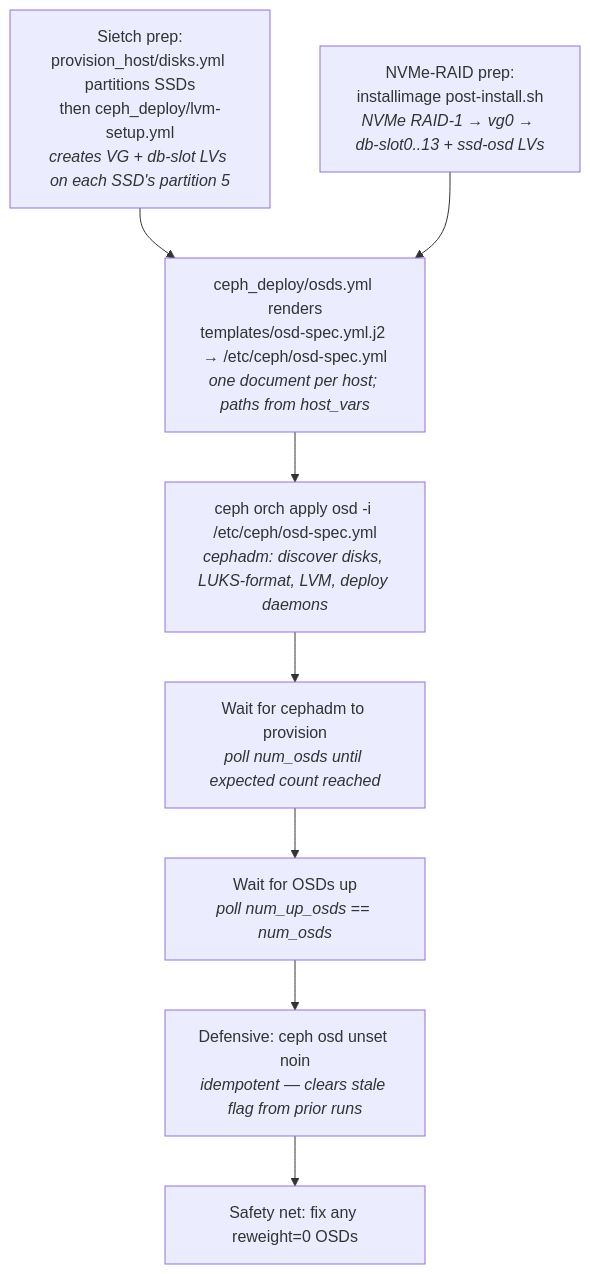
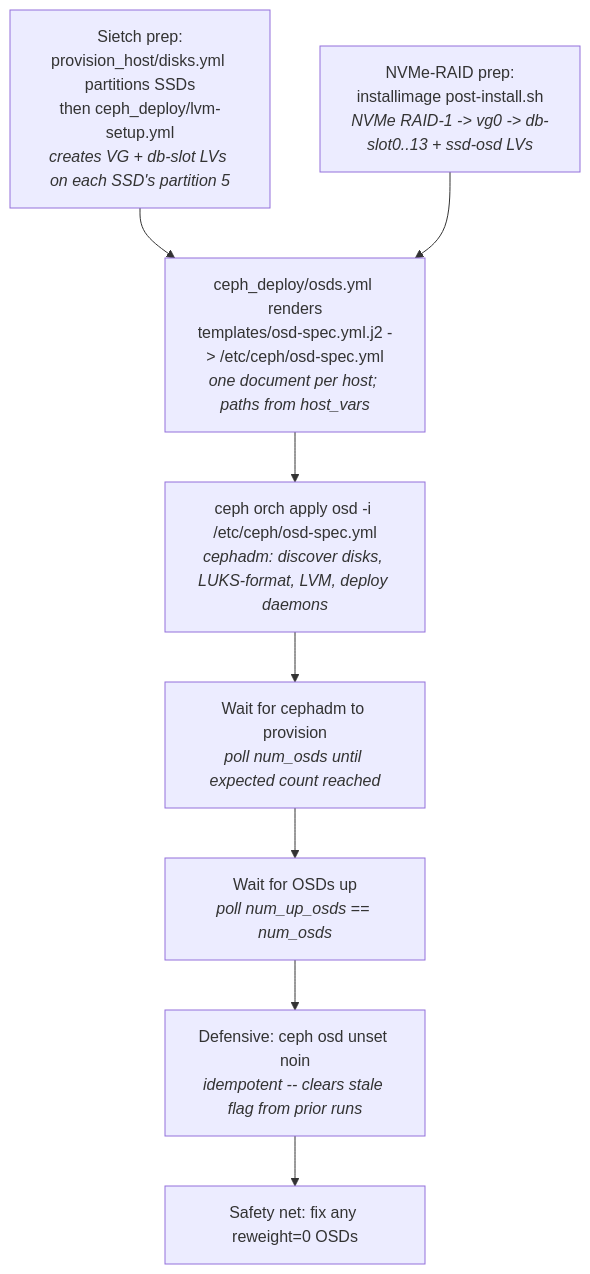
The tenth of 11 diagrams in ansible/ceph/docs/architecture.md (immich-app/yucca), drawn with Mermaid before and after one commit. The commit also changed other lines of this file and 18 other files, not shown here.

````diff
--- a/ansible/ceph/docs/architecture.md
+++ b/ansible/ceph/docs/architecture.md
@@ -676,15 +676,15 @@
 ```mermaid
 flowchart TB
     SIETCH["Sietch prep:<br/>provision_host/disks.yml partitions SSDs<br/>then ceph_deploy/lvm-setup.yml<br/><i>creates VG + db-slot LVs on each SSD's partition 5</i>"]
-    NVMERAID["NVMe-RAID prep:<br/>installimage post-install.sh<br/><i>NVMe RAID-1 → vg0 → db-slot0..13 + ssd-osd LVs</i>"]
-    SPEC["ceph_deploy/osds.yml renders<br/>templates/osd-spec.yml.j2 → /etc/ceph/osd-spec.yml<br/><i>one document per host; paths from host_vars</i>"]
+    NVMERAID["NVMe-RAID prep:<br/>installimage post-install.sh<br/><i>NVMe RAID-1 -> vg0 -> db-slot0..13 + ssd-osd LVs</i>"]
+    SPEC["ceph_deploy/osds.yml renders<br/>templates/osd-spec.yml.j2 -> /etc/ceph/osd-spec.yml<br/><i>one document per host; paths from host_vars</i>"]
     APPLY["ceph orch apply osd -i /etc/ceph/osd-spec.yml<br/><i>cephadm: discover disks, LUKS-format, LVM, deploy daemons</i>"]
     POLL["Wait for cephadm to provision<br/><i>poll num_osds until expected count reached</i>"]
     UP["Wait for OSDs up<br/><i>poll num_up_osds == num_osds</i>"]
-    UNSET["Defensive: ceph osd unset noin<br/><i>idempotent — clears stale flag from prior runs</i>"]
+    UNSET["Defensive: ceph osd unset noin<br/><i>idempotent -- clears stale flag from prior runs</i>"]
     REWEIGHT["Safety net: fix any reweight=0 OSDs"]
 
     SIETCH --> SPEC
     NVMERAID --> SPEC
     SPEC --> APPLY --> POLL --> UP --> UNSET --> REWEIGHT
 ```
````
